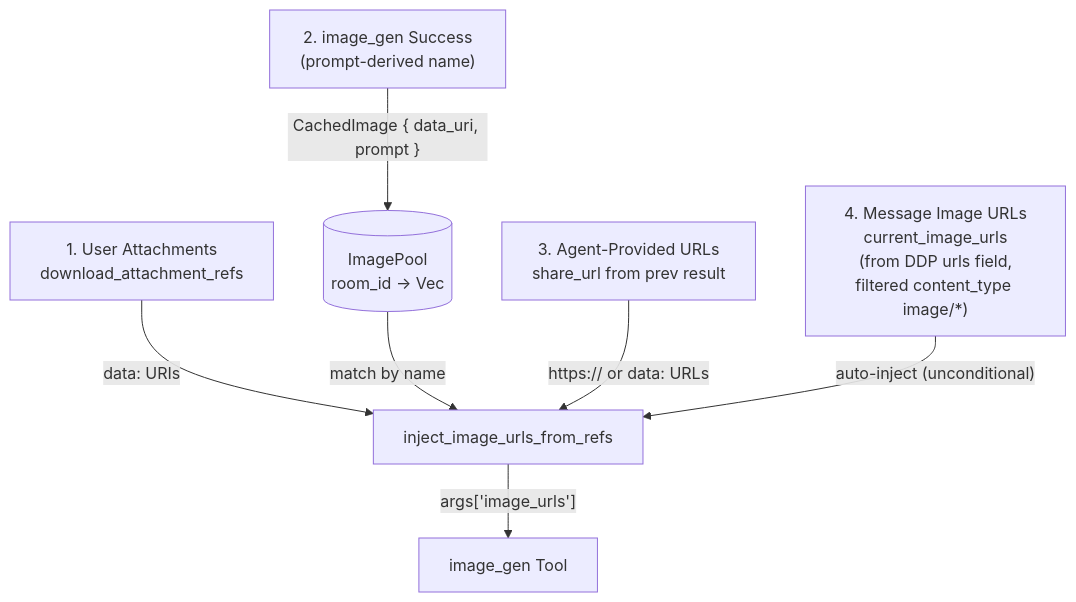
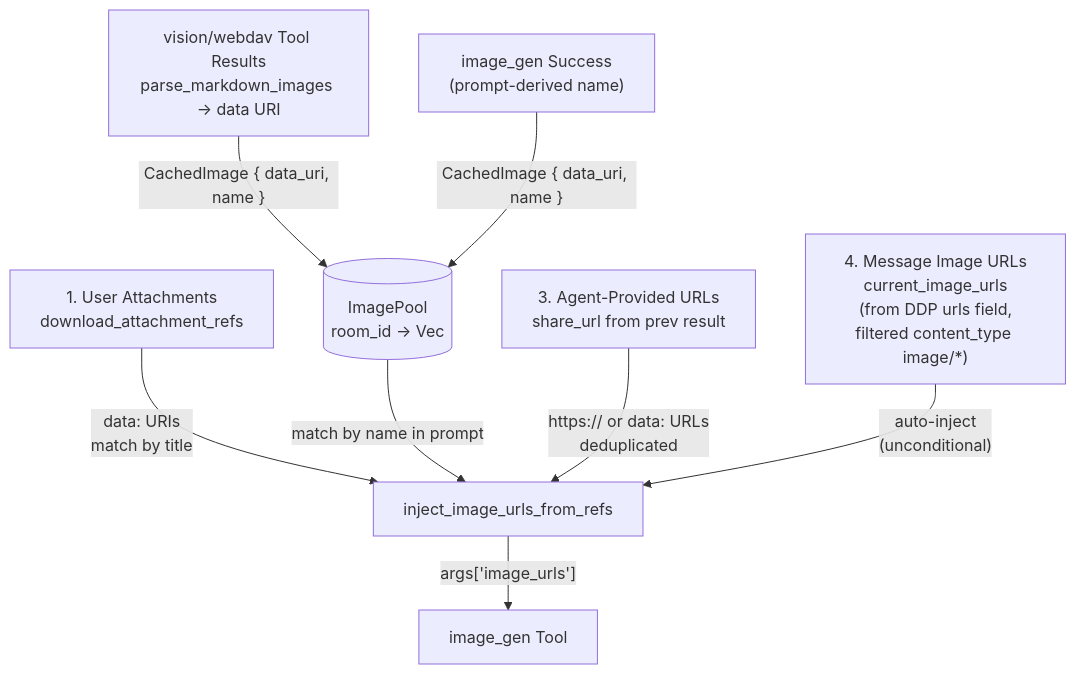
Before and after one commit to cosmoswafer/rockbot: the seventh of 11 diagrams in _dfd/agent/agent-harness.md, drawn with Mermaid. The commit also changed other lines of this file and 6 other files, not shown here.

First line of the commit message:
image-gen: implement vision/webdav tool result interception + fix DFD consistency

````diff
--- a/_dfd/agent/agent-harness.md
+++ b/_dfd/agent/agent-harness.md
@@ -294,16 +300,18 @@
 ```mermaid
 flowchart TD
     ATTACH["1. User Attachments<br/>download_attachment_refs"]
-    GEN["2. image_gen Success<br/>(prompt-derived name)"]
+    VISION["vision/webdav Tool Results<br/>parse_markdown_images → data URI"]
+    GEN["image_gen Success<br/>(prompt-derived name)"]
     AGENT_URL["3. Agent-Provided URLs<br/>share_url from prev result"]
     MSG_URL["4. Message Image URLs<br/>current_image_urls<br/>(from DDP urls field,<br/>filtered content_type image/*)"]
     POOL[(ImagePool<br/>room_id → Vec<CachedImage>)]
     INJECT[inject_image_urls_from_refs]
 
-    ATTACH -->|"data: URIs"| INJECT
-    GEN -->|"CachedImage { data_uri, prompt }"| POOL
-    POOL -->|"match by name"| INJECT
-    AGENT_URL -->|"https:// or data: URLs"| INJECT
-    MSG_URL -->|"auto-inject (unconditional)"| INJECT
+    ATTACH -->|"data: URIs<br/>match by title"| INJECT
+    VISION -->|"CachedImage { data_uri, name }"| POOL
+    GEN -->|"CachedImage { data_uri, name }"| POOL
+    POOL -->|"match by name in prompt"| INJECT
+    AGENT_URL -->|"https:// or data: URLs<br/>deduplicated"| INJECT
+    MSG_URL -->|"auto-inject<br/>(unconditional)"| INJECT
     INJECT -->|"args['image_urls']"| IMG_GEN[image_gen Tool]
 ```
````
